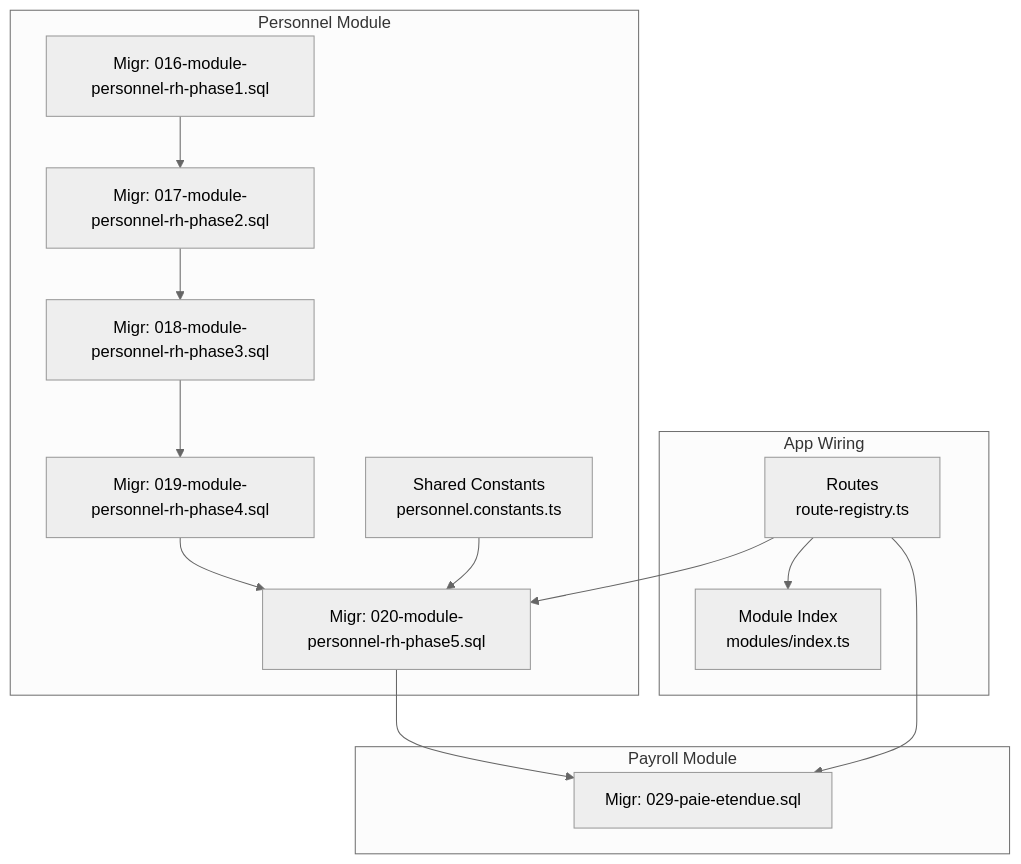
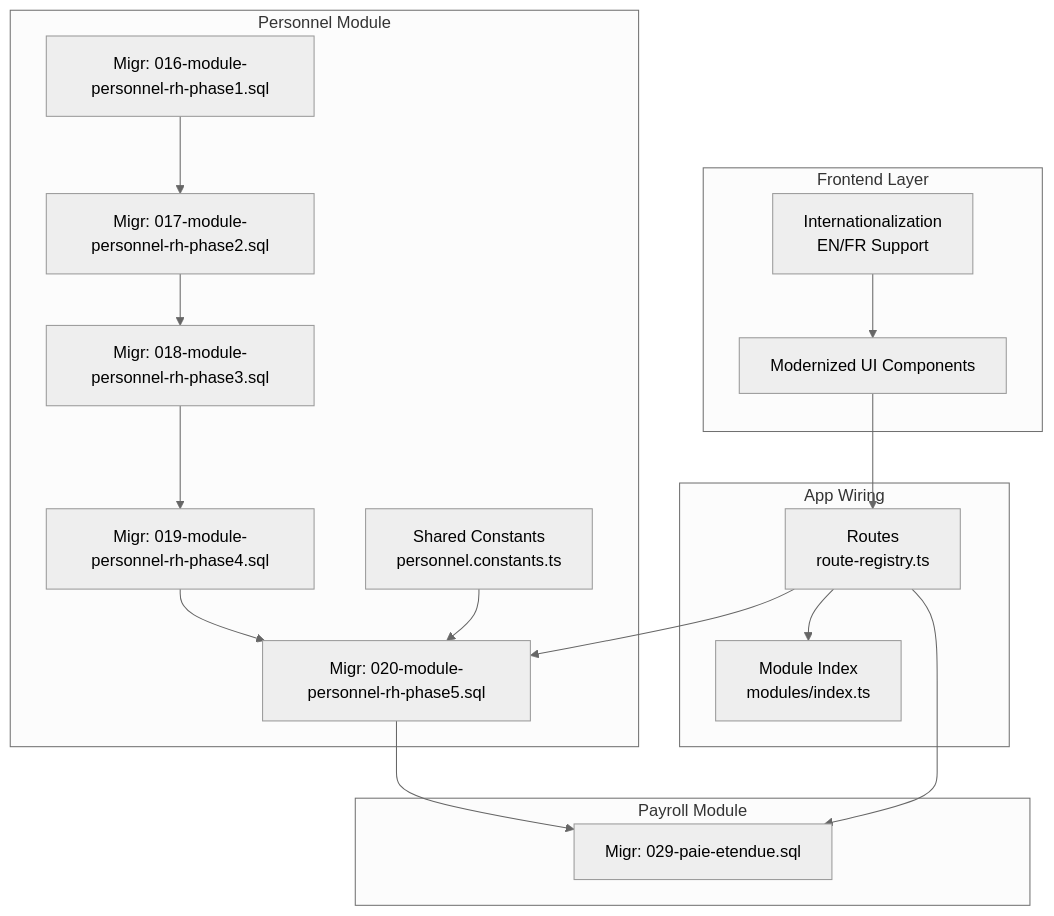
The first of 4 diagrams in .qoder/repowiki/en/content/Human Resources Management/Personnel Administration/Contract Administration.md (franckylab/eLISAschool), drawn with Mermaid (neutral theme) before and after one commit. The commit also changed other lines of this file and 85 other files, not shown here.

````diff
--- a/.qoder/repowiki/en/content/Human Resources Management/Personnel Administration/Contract Administration.md
+++ b/.qoder/repowiki/en/content/Human Resources Management/Personnel Administration/Contract Administration.md
@@ -39,24 +51,30 @@
 ```mermaid
 graph TB
 subgraph "Personnel Module"
 P1["Migr: 016-module-personnel-rh-phase1.sql"]
 P2["Migr: 017-module-personnel-rh-phase2.sql"]
 P3["Migr: 018-module-personnel-rh-phase3.sql"]
 P4["Migr: 019-module-personnel-rh-phase4.sql"]
 P5["Migr: 020-module-personnel-rh-phase5.sql"]
 Cst["Shared Constants<br/>personnel.constants.ts"]
 end
 subgraph "Payroll Module"
 PY["Migr: 029-paie-etendue.sql"]
 end
 subgraph "App Wiring"
 R["Routes<br/>route-registry.ts"]
 I["Module Index<br/>modules/index.ts"]
 end
+subgraph "Frontend Layer"
+FE["Modernized UI Components"]
+I18N["Internationalization<br/>EN/FR Support"]
+end
 P1 --> P2 --> P3 --> P4 --> P5
 P5 --> PY
 Cst --> P5
 R --> I
 R --> P5
 R --> PY
+FE --> R
+I18N --> FE
 ```
````
